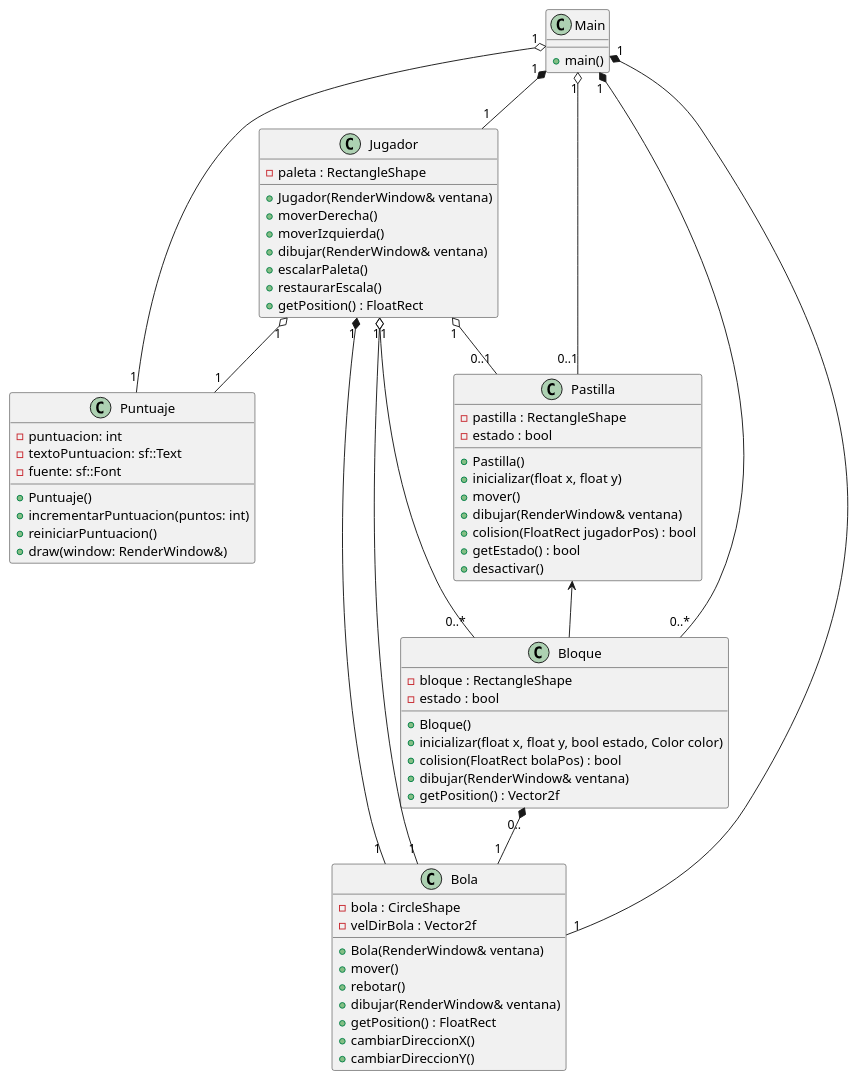
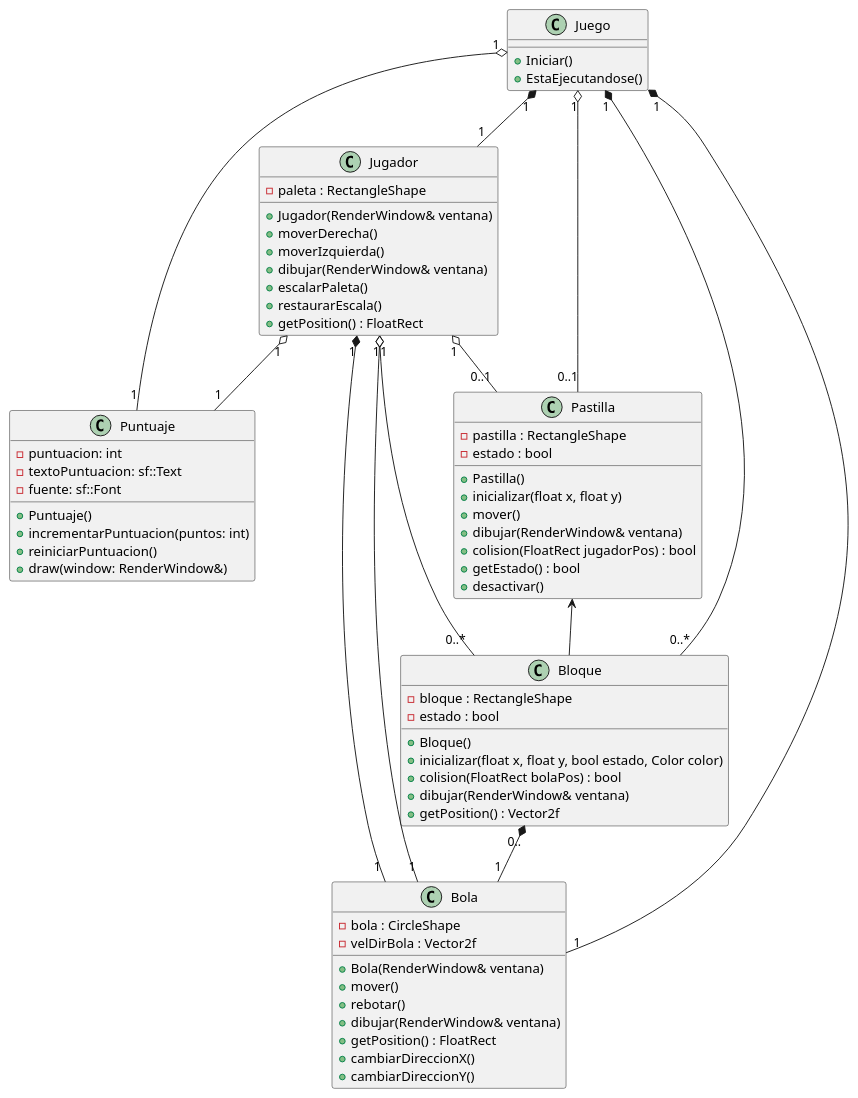
The diagram in docs/arkanoid.puml (RoTtiN2/Arkanoid), drawn with PlantUML before and after one commit. The commit also changed 14 other files, not shown here.

```diff
--- a/docs/arkanoid.puml
+++ b/docs/arkanoid.puml
@@ -1,78 +1,79 @@
 @startuml Arkanoid
 
 class Jugador {
   + Jugador(RenderWindow& ventana)
   + moverDerecha()
   + moverIzquierda()
   + dibujar(RenderWindow& ventana)
   + escalarPaleta()
   + restaurarEscala()
   + getPosition() : FloatRect
   - paleta : RectangleShape
 }
 
 class Puntuaje {
   - puntuacion: int
   - textoPuntuacion: sf::Text
   - fuente: sf::Font
   + Puntuaje()
   + incrementarPuntuacion(puntos: int)
   + reiniciarPuntuacion()
   + draw(window: RenderWindow&)
 }
 
 class Bloque {
   + Bloque()
   + inicializar(float x, float y, bool estado, Color color)
   + colision(FloatRect bolaPos) : bool
   + dibujar(RenderWindow& ventana)
   + getPosition() : Vector2f
   - bloque : RectangleShape
   - estado : bool
 }
 
 class Bola {
   + Bola(RenderWindow& ventana)
   + mover()
   + rebotar()
   + dibujar(RenderWindow& ventana)
   + getPosition() : FloatRect
   + cambiarDireccionX()
   + cambiarDireccionY()
   - bola : CircleShape
   - velDirBola : Vector2f
 }
 
 class Pastilla {
   + Pastilla()
   + inicializar(float x, float y)
   + mover()
   + dibujar(RenderWindow& ventana)
   + colision(FloatRect jugadorPos) : bool
   + getEstado() : bool
   + desactivar()
   - pastilla : RectangleShape
   - estado : bool
 }
 
-class Main {
-  + main()
+class Juego {
+  + Iniciar()
+  + EstaEjecutandose()
 }
 
 Jugador "1" *-- "1" Bola
 Jugador "1" o-- "1" Bola
 Jugador "1" o-- "0..*" Bloque
 Jugador "1" o-- "0..1" Pastilla
 Jugador "1" o-- "1" Puntuaje
 
 Bloque "0.." *-- "1" Bola
 
-Main "1" *-- "1" Jugador
-Main "1" *-- "0..*" Bloque
-Main "1" *-- "1" Bola
-Main "1" o-- "0..1" Pastilla
-Main "1" o-- "1" Puntuaje
+Juego "1" *-- "1" Jugador
+Juego "1" *-- "0..*" Bloque
+Juego "1" *-- "1" Bola
+Juego "1" o-- "0..1" Pastilla
+Juego "1" o-- "1" Puntuaje
 
 Pastilla <-- Bloque
 
 @enduml
```
